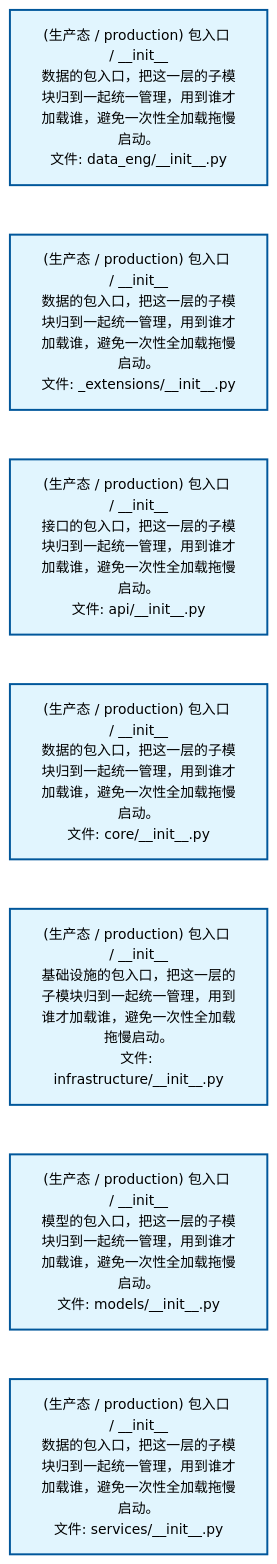
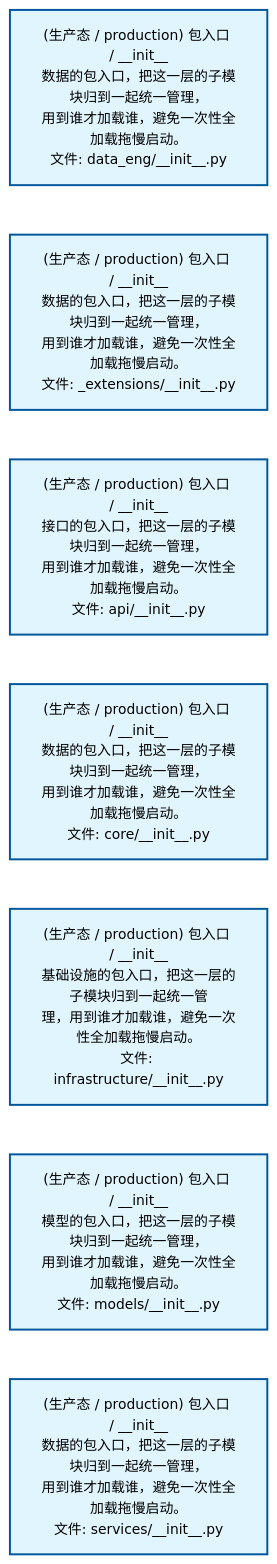
The second of 2 diagrams in docs/02_enterprise_architecture/02_domain_architecture_docs/12_d_data_eng.md (xuanFelixVan/ZephyrAlpha), drawn with Mermaid before and after one commit. The commit also changed other lines of this file and 61 other files, not shown here.

````diff
--- a/docs/02_enterprise_architecture/02_domain_architecture_docs/12_d_data_eng.md
+++ b/docs/02_enterprise_architecture/02_domain_architecture_docs/12_d_data_eng.md
@@ -80,22 +80,22 @@
 ```mermaid
 %%{init: {'theme': 'base', 'themeVariables': {'primaryColor': '#eaeaea', 'primaryTextColor': '#333333', 'primaryBorderColor': '#666666', 'lineColor': '#666666', 'secondaryColor': '#eaeaea', 'tertiaryColor': '#eaeaea', 'fontSize': '14px'}}}%%
 flowchart TD
-    src_zephyr_data_eng_init_py["(生产态 / production) 包入口 / __init__<br/>数据的包入口，把这一层的子模块归到一起统一管理，用到谁才加载谁，避免一次性全加载拖慢启动。<br/>文件: data_eng/__init__.py"]
-    src_zephyr_data_eng_extensions_init_py["(生产态 / production) 包入口 / __init__<br/>数据的包入口，把这一层的子模块归到一起统一管理，用到谁才加载谁，避免一次性全加载拖慢启动。<br/>文件: _extensions/__init__.py"]
-    src_zephyr_data_eng_api_init_py["(生产态 / production) 包入口 / __init__<br/>接口的包入口，把这一层的子模块归到一起统一管理，用到谁才加载谁，避免一次性全加载拖慢启动。<br/>文件: api/__init__.py"]
-    src_zephyr_data_eng_core_init_py["(生产态 / production) 包入口 / __init__<br/>数据的包入口，把这一层的子模块归到一起统一管理，用到谁才加载谁，避免一次性全加载拖慢启动。<br/>文件: core/__init__.py"]
-    src_zephyr_data_eng_infrastructure_init_py["(生产态 / production) 包入口 / __init__<br/>基础设施的包入口，把这一层的子模块归到一起统一管理，用到谁才加载谁，避免一次性全加载拖慢启动。<br/>文件: infrastructure/__init__.py"]
-    src_zephyr_data_eng_models_init_py["(生产态 / production) 包入口 / __init__<br/>模型的包入口，把这一层的子模块归到一起统一管理，用到谁才加载谁，避免一次性全加载拖慢启动。<br/>文件: models/__init__.py"]
-    src_zephyr_data_eng_services_init_py["(生产态 / production) 包入口 / __init__<br/>数据的包入口，把这一层的子模块归到一起统一管理，用到谁才加载谁，避免一次性全加载拖慢启动。<br/>文件: services/__init__.py"]
+    src_zephyr_data_eng_init_py["(生产态 / production) 包入口 / __init__<br/>数据的包入口，把这一层的子模块归到一起统一管理，<br/>用到谁才加载谁，避免一次性全加载拖慢启动。<br/>文件: data_eng/__init__.py"]
+    src_zephyr_data_eng_extensions_init_py["(生产态 / production) 包入口 / __init__<br/>数据的包入口，把这一层的子模块归到一起统一管理，<br/>用到谁才加载谁，避免一次性全加载拖慢启动。<br/>文件: _extensions/__init__.py"]
+    src_zephyr_data_eng_api_init_py["(生产态 / production) 包入口 / __init__<br/>接口的包入口，把这一层的子模块归到一起统一管理，<br/>用到谁才加载谁，避免一次性全加载拖慢启动。<br/>文件: api/__init__.py"]
+    src_zephyr_data_eng_core_init_py["(生产态 / production) 包入口 / __init__<br/>数据的包入口，把这一层的子模块归到一起统一管理，<br/>用到谁才加载谁，避免一次性全加载拖慢启动。<br/>文件: core/__init__.py"]
+    src_zephyr_data_eng_infrastructure_init_py["(生产态 / production) 包入口 / __init__<br/>基础设施的包入口，把这一层的子模块归到一起统一管<br/>理，用到谁才加载谁，避免一次性全加载拖慢启动。<br/>文件: infrastructure/__init__.py"]
+    src_zephyr_data_eng_models_init_py["(生产态 / production) 包入口 / __init__<br/>模型的包入口，把这一层的子模块归到一起统一管理，<br/>用到谁才加载谁，避免一次性全加载拖慢启动。<br/>文件: models/__init__.py"]
+    src_zephyr_data_eng_services_init_py["(生产态 / production) 包入口 / __init__<br/>数据的包入口，把这一层的子模块归到一起统一管理，<br/>用到谁才加载谁，避免一次性全加载拖慢启动。<br/>文件: services/__init__.py"]
     src_zephyr_data_eng_init_py ~~~ src_zephyr_data_eng_extensions_init_py
     src_zephyr_data_eng_extensions_init_py ~~~ src_zephyr_data_eng_api_init_py
     src_zephyr_data_eng_api_init_py ~~~ src_zephyr_data_eng_core_init_py
     src_zephyr_data_eng_core_init_py ~~~ src_zephyr_data_eng_infrastructure_init_py
     src_zephyr_data_eng_infrastructure_init_py ~~~ src_zephyr_data_eng_models_init_py
     src_zephyr_data_eng_models_init_py ~~~ src_zephyr_data_eng_services_init_py
     classDef production fill:#e1f5fe,stroke:#01579b,stroke-width:2px,color:#000
     classDef design fill:#fff3e0,stroke:#e65100,stroke-width:2px,color:#000,stroke-dasharray: 5 5
     classDef external_prod fill:#e8f4fd,stroke:#0277bd,stroke-width:1px,color:#000
     classDef external_design fill:#fff8e7,stroke:#ef6c00,stroke-width:1px,color:#000,stroke-dasharray: 5 5
     class src_zephyr_data_eng_init_py,src_zephyr_data_eng_extensions_init_py,src_zephyr_data_eng_api_init_py,src_zephyr_data_eng_core_init_py,src_zephyr_data_eng_infrastructure_init_py,src_zephyr_data_eng_models_init_py,src_zephyr_data_eng_services_init_py production
 ```
````
